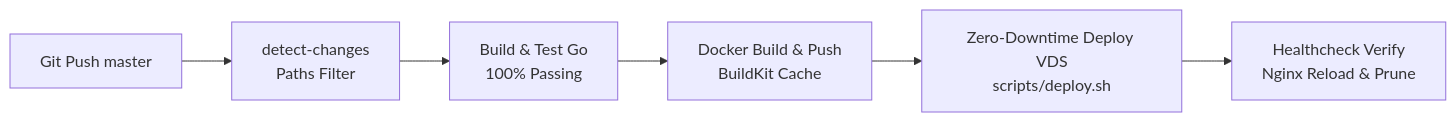
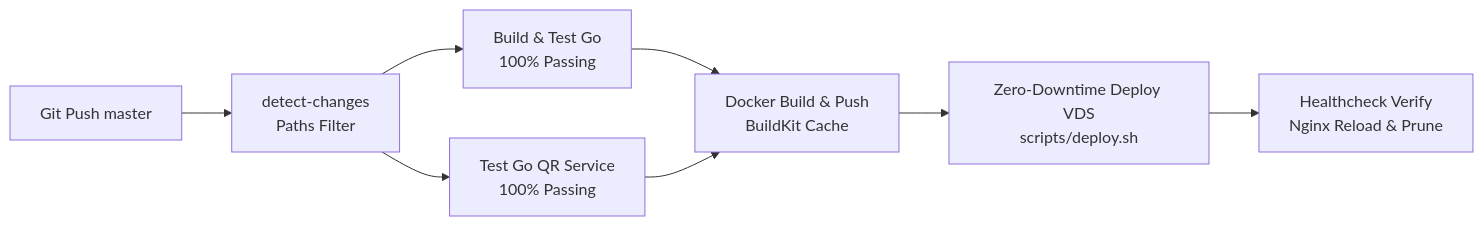
The second of 2 diagrams in README.md (AndreyJVM/portfolio-service), drawn with Mermaid before and after one commit. The commit also changed other lines of this file and 1 other file, not shown here.

Commit message:
docs: complete migration documentation, architecture diagram, and gitignore

````diff
--- a/README.md
+++ b/README.md
@@ -105,8 +131,10 @@
 ```mermaid
 flowchart LR
     A[Git Push master] --> B[detect-changes<br/>Paths Filter]
     B --> C[Build & Test Go<br/>100% Passing]
-    C --> D[Docker Build & Push<br/>BuildKit Cache]
-    D --> E[Zero-Downtime Deploy VDS<br/>scripts/deploy.sh]
-    E --> F[Healthcheck Verify<br/>Nginx Reload & Prune]
+    B --> D[Test Go QR Service<br/>100% Passing]
+    C --> E[Docker Build & Push<br/>BuildKit Cache]
+    D --> E
+    E --> F[Zero-Downtime Deploy VDS<br/>scripts/deploy.sh]
+    F --> G[Healthcheck Verify<br/>Nginx Reload & Prune]
 ```
````
